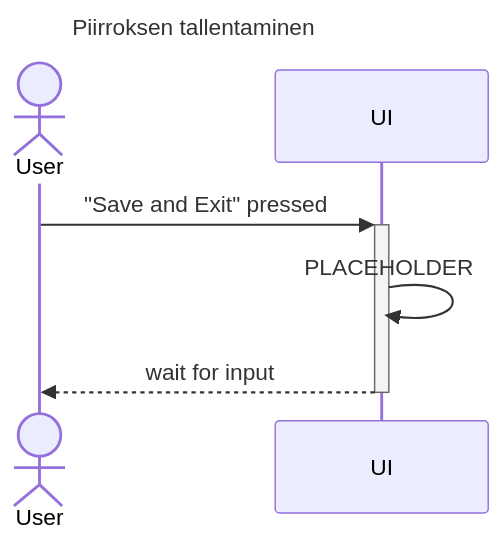
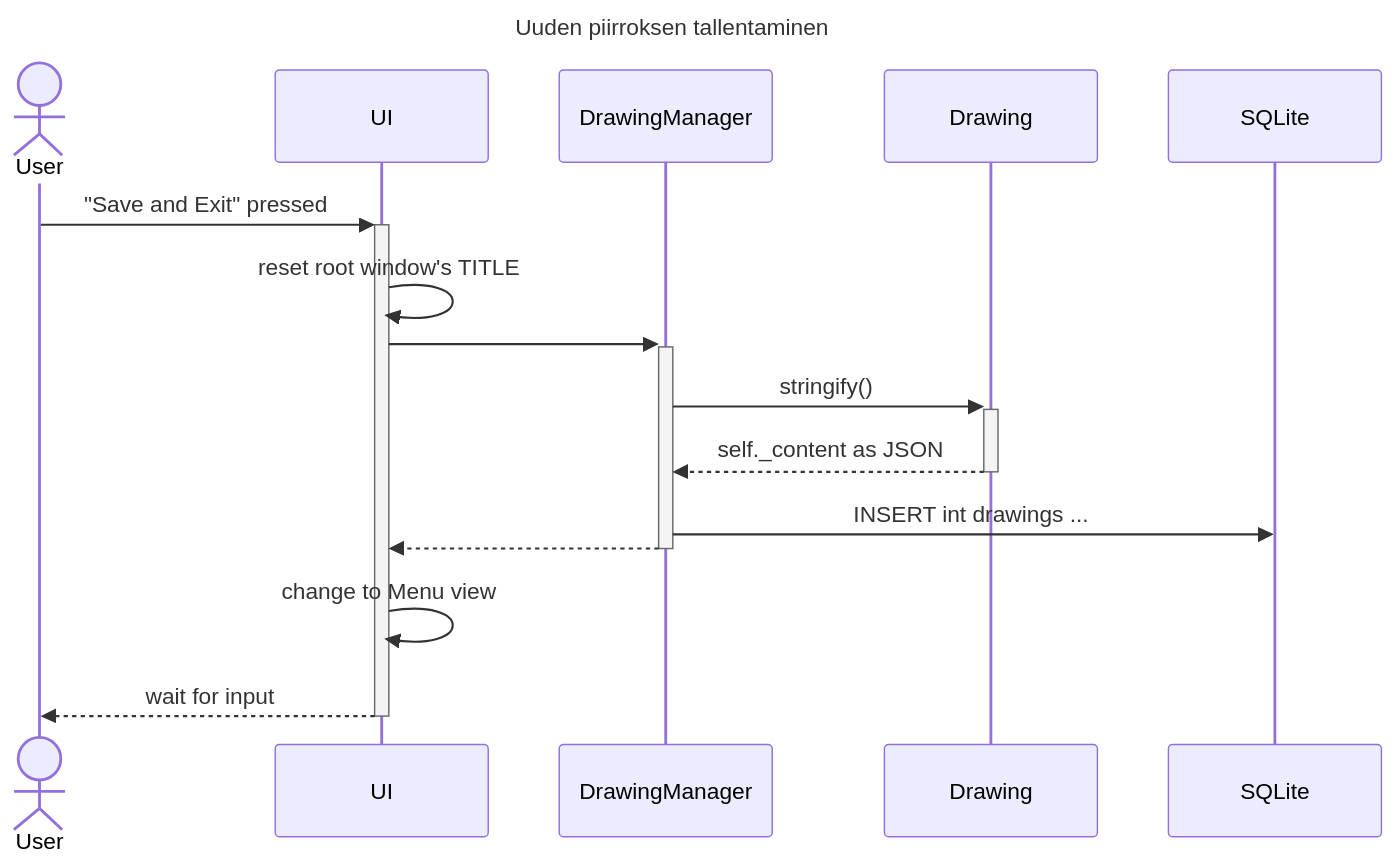
One commit to tomjtoth/ot-harjoitustyo changed diagram 13 of 13 in dokumentaatio/arkkitehtuuri.md. Above: the diagram before and after it, drawn with Mermaid. The commit also changed other lines of this file and 1 other file, not shown here.

````diff
--- a/dokumentaatio/arkkitehtuuri.md
+++ b/dokumentaatio/arkkitehtuuri.md
@@ -314,14 +408,19 @@
 ```mermaid
 ---
-title: Piirroksen tallentaminen
+title: Uuden piirroksen tallentaminen
 ---
 sequenceDiagram
     actor User
 
     User->>+UI: "Save and Exit" pressed
-
-    UI->>UI: PLACEHOLDER
+    UI->>UI: reset root window's TITLE
+    UI->>+DrawingManager: 
+    DrawingManager->>+Drawing: stringify()
+    Drawing-->>-DrawingManager: self._content as JSON
+    DrawingManager->>SQLite: INSERT int drawings ...
+    DrawingManager-->>-UI: 
+    UI->>UI: change to Menu view
 
     UI-->>-User: wait for input
 
 ```
````
